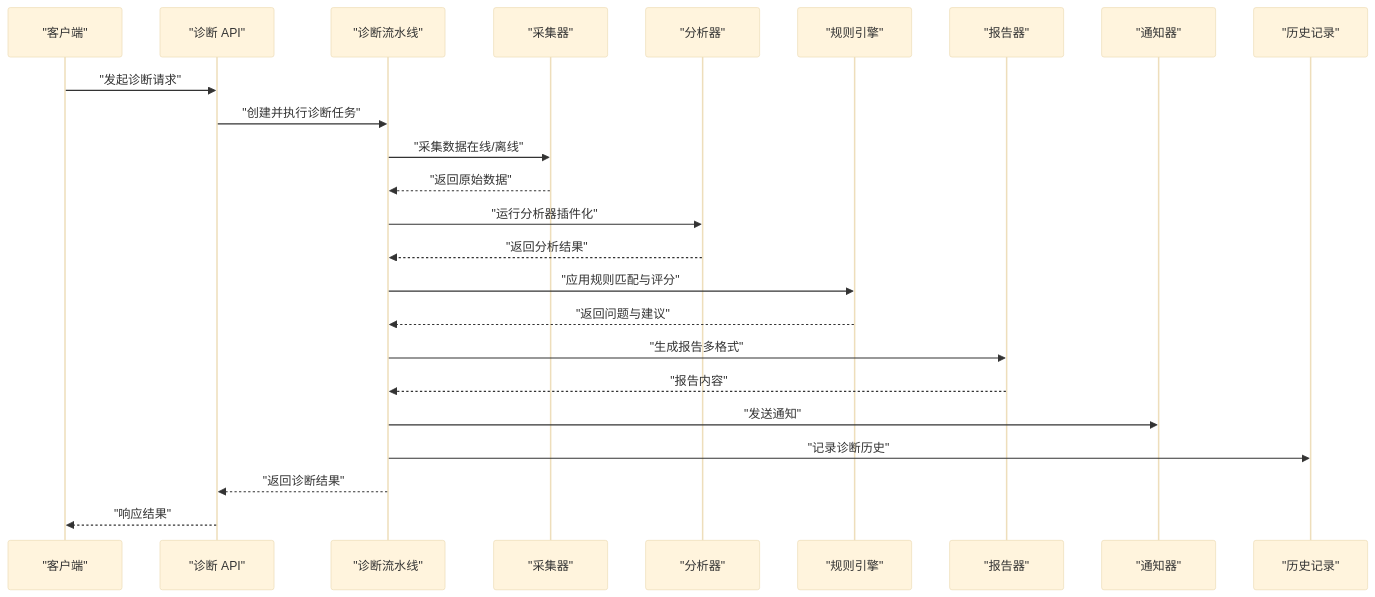
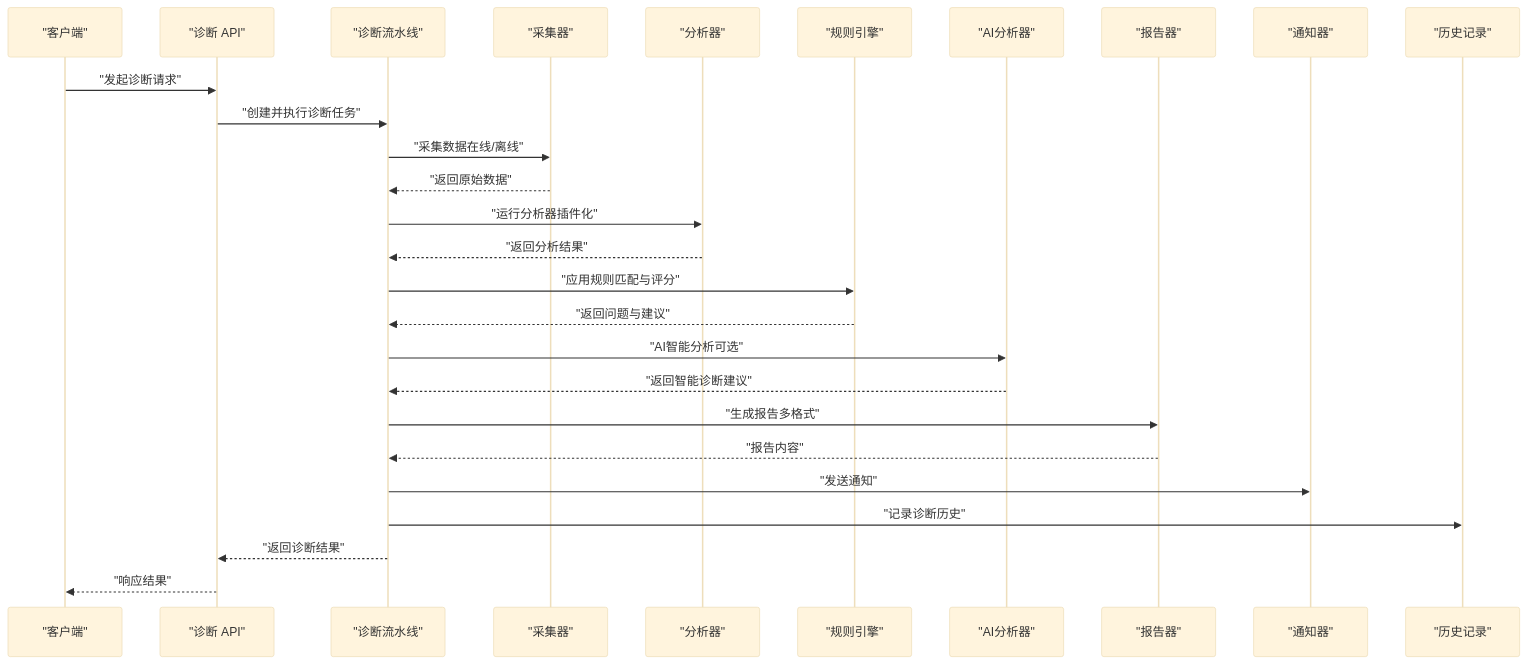
One commit to kudig-io/klaw changed the second of 8 diagrams in .qoder/repowiki/zh/content/系统架构/诊断引擎架构/诊断引擎架构.md. Above: the diagram before and after it, drawn with Mermaid (base theme). The commit also changed other lines of this file and 336 other files, not shown here.

````diff
--- a/.qoder/repowiki/zh/content/系统架构/诊断引擎架构/诊断引擎架构.md
+++ b/.qoder/repowiki/zh/content/系统架构/诊断引擎架构/诊断引擎架构.md
@@ -133,26 +147,29 @@
 ```mermaid
 sequenceDiagram
 participant Client as "客户端"
 participant API as "诊断 API"
 participant Pipeline as "诊断流水线"
 participant Collector as "采集器"
 participant Analyzer as "分析器"
 participant Rules as "规则引擎"
+participant AI as "AI分析器"
 participant Reporter as "报告器"
 participant Notifier as "通知器"
 participant History as "历史记录"
 Client->>API : "发起诊断请求"
 API->>Pipeline : "创建并执行诊断任务"
 Pipeline->>Collector : "采集数据在线/离线"
 Collector-->>Pipeline : "返回原始数据"
 Pipeline->>Analyzer : "运行分析器插件化"
 Analyzer-->>Pipeline : "返回分析结果"
 Pipeline->>Rules : "应用规则匹配与评分"
 Rules-->>Pipeline : "返回问题与建议"
+Pipeline->>AI : "AI智能分析可选"
+AI-->>Pipeline : "返回智能诊断建议"
 Pipeline->>Reporter : "生成报告多格式"
 Reporter-->>Pipeline : "报告内容"
 Pipeline->>Notifier : "发送通知"
 Pipeline->>History : "记录诊断历史"
 Pipeline-->>API : "返回诊断结果"
 API-->>Client : "响应结果"
 ```
````
